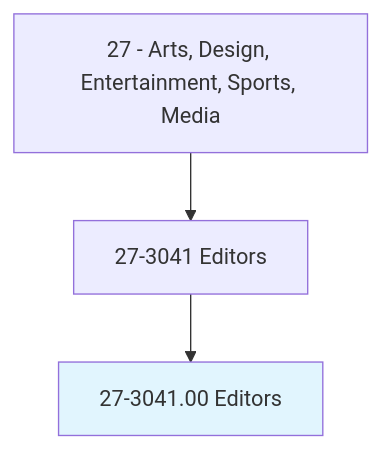
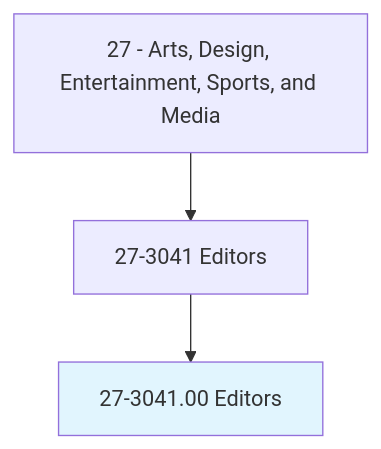
The first of 4 diagrams in occupations/ArtsMedia/Editors.mdx (kziemski/business.org.ai), drawn with Mermaid before and after one commit. The commit also changed other lines of this file and 938 other files, not shown here.

````diff
--- a/occupations/ArtsMedia/Editors.mdx
+++ b/occupations/ArtsMedia/Editors.mdx
@@ -19,6 +23,6 @@
 ```mermaid
 graph TD
-    Cat27["27 - Arts, Design, Entertainment, Sports, Media"] --> Group273041["27-3041 Editors"]
+    Cat27["27 - Arts, Design, Entertainment, Sports, and Media"] --> Group273041["27-3041 Editors"]
     Group273041 --> Current["27-3041.00 Editors"]
     style Current fill:#e1f5fe
 ```
````
